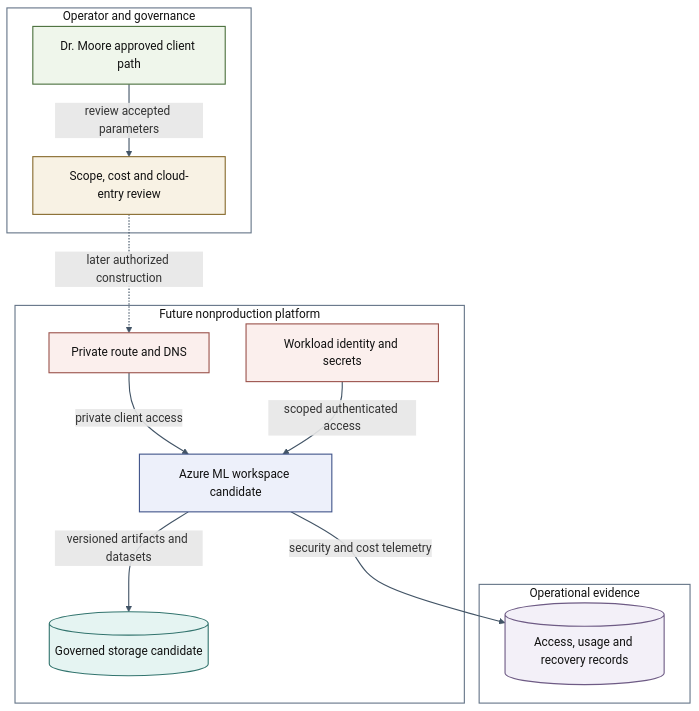
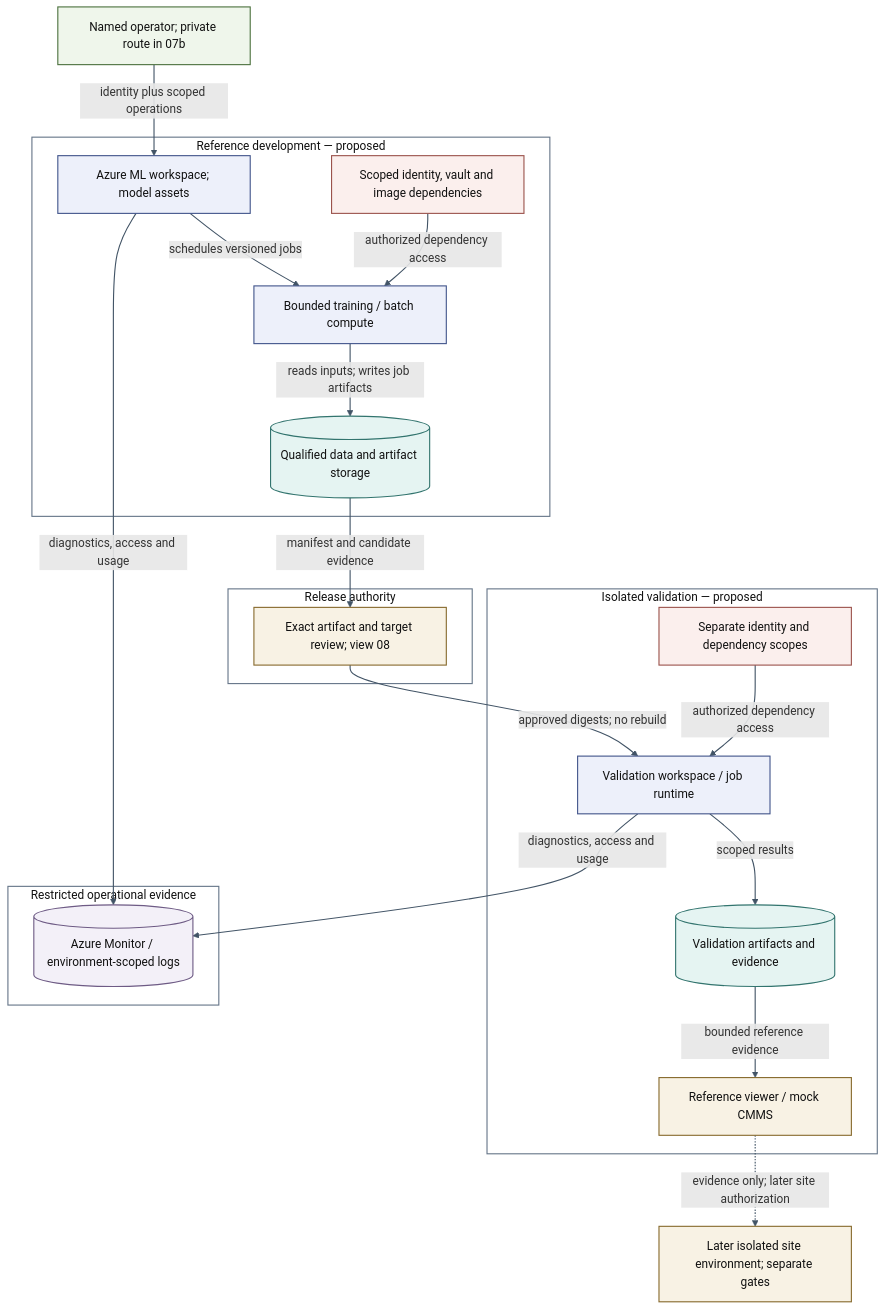
The eighth of 13 diagrams in docs/architecture/README.md (Douglas-Moore-Engineering/pulse-bearing-health), drawn with Mermaid before and after one commit. The commit also changed other lines of this file and 38 other files, not shown here.

Commit message:
Expand pre-Azure MLOps, release recovery and deployment architecture

````diff
--- a/docs/architecture/README.md
+++ b/docs/architecture/README.md
@@ -304,40 +400,54 @@
 ```mermaid
-%% Azure Capability Mapping — Proposed | Proposed design, not deployed | PULSE v0.1
+%% Proposed Azure Environment Topology | Proposed design; unimplemented | Pulse architecture v0.2
 flowchart TD
-subgraph sg_operator["Operator and governance"]
- operator["Dr. Moore approved client path"]
- gate["Scope, cost and cloud-entry review"]
+operator["Named operator; private route in 07b"]
+subgraph sg_dev["Reference development — proposed"]
+  devws["Azure ML workspace; model assets"]
+  compute["Bounded training / batch compute"]
+  devstore[("Qualified data and artifact storage")]
+  devdeps["Scoped identity, vault and image dependencies"]
 end
-subgraph sg_platform["Future nonproduction platform"]
- network["Private route and DNS"]
- workspace["Azure ML workspace candidate"]
- storage[("Governed storage candidate")]
- identity["Workload identity and secrets"]
+subgraph sg_release["Release authority"]
+  release["Exact artifact and target review; view 08"]
 end
-subgraph sg_evidence["Operational evidence"]
- logs[("Access, usage and recovery records")]
+subgraph sg_val["Isolated validation — proposed"]
+  valws["Validation workspace / job runtime"]
+  valstore[("Validation artifacts and evidence")]
+  valdeps["Separate identity and dependency scopes"]
+  viewer["Reference viewer / mock CMMS"]
 end
-operator -->|"review accepted parameters"| gate
-gate -.->|"later authorized construction"| network
-network -->|"private client access"| workspace
-workspace -->|"versioned artifacts and datasets"| storage
-identity -->|"scoped authenticated access"| workspace
-workspace -->|"security and cost telemetry"| logs
+subgraph sg_evidence["Restricted operational evidence"]
+  logs[("Azure Monitor / environment-scoped logs")]
+end
+site["Later isolated site environment; separate gates"]
+operator -->|"identity plus scoped operations"| devws
+devws -->|"schedules versioned jobs"| compute
+devdeps -->|"authorized dependency access"| compute
+compute -->|"reads inputs; writes job artifacts"| devstore
+devstore -->|"manifest and candidate evidence"| release
+release -->|"approved digests; no rebuild"| valws
+valdeps -->|"authorized dependency access"| valws
+valws -->|"scoped results"| valstore
+valstore -->|"bounded reference evidence"| viewer
+devws -->|"diagnostics, access and usage"| logs
+valws -->|"diagnostics, access and usage"| logs
+viewer -.->|"evidence only; later site authorization"| site
 class operator human
-class gate policy
-class network,identity security
-class workspace model
-class storage data
+class devws,compute,valws model
+class devstore,valstore data
+class devdeps,valdeps security
+class release,viewer,site policy
 class logs evidence
   classDef source fill:#EAF3F8,stroke:#356079,stroke-width:1.5px,color:#111111
   classDef data fill:#E5F4F2,stroke:#32746E,stroke-width:1.5px,color:#111111
   classDef model fill:#EDF0FA,stroke:#42558B,stroke-width:1.5px,color:#111111
   classDef policy fill:#F8F2E4,stroke:#876A2D,stroke-width:1.5px,color:#111111
   classDef human fill:#EFF6EB,stroke:#4C713E,stroke-width:1.5px,color:#111111
   classDef evidence fill:#F3F0F8,stroke:#6E5B85,stroke-width:1.5px,color:#111111
   classDef security fill:#FBEFED,stroke:#9B534C,stroke-width:1.5px,color:#111111
-  style sg_operator fill:none,stroke:#657588,stroke-width:1.5px,color:#111111
-  style sg_platform fill:none,stroke:#657588,stroke-width:1.5px,color:#111111
+  style sg_dev fill:none,stroke:#657588,stroke-width:1.5px,color:#111111
+  style sg_release fill:none,stroke:#657588,stroke-width:1.5px,color:#111111
+  style sg_val fill:none,stroke:#657588,stroke-width:1.5px,color:#111111
   style sg_evidence fill:none,stroke:#657588,stroke-width:1.5px,color:#111111
   linkStyle default stroke:#425466,stroke-width:1.5px
 ```
````
